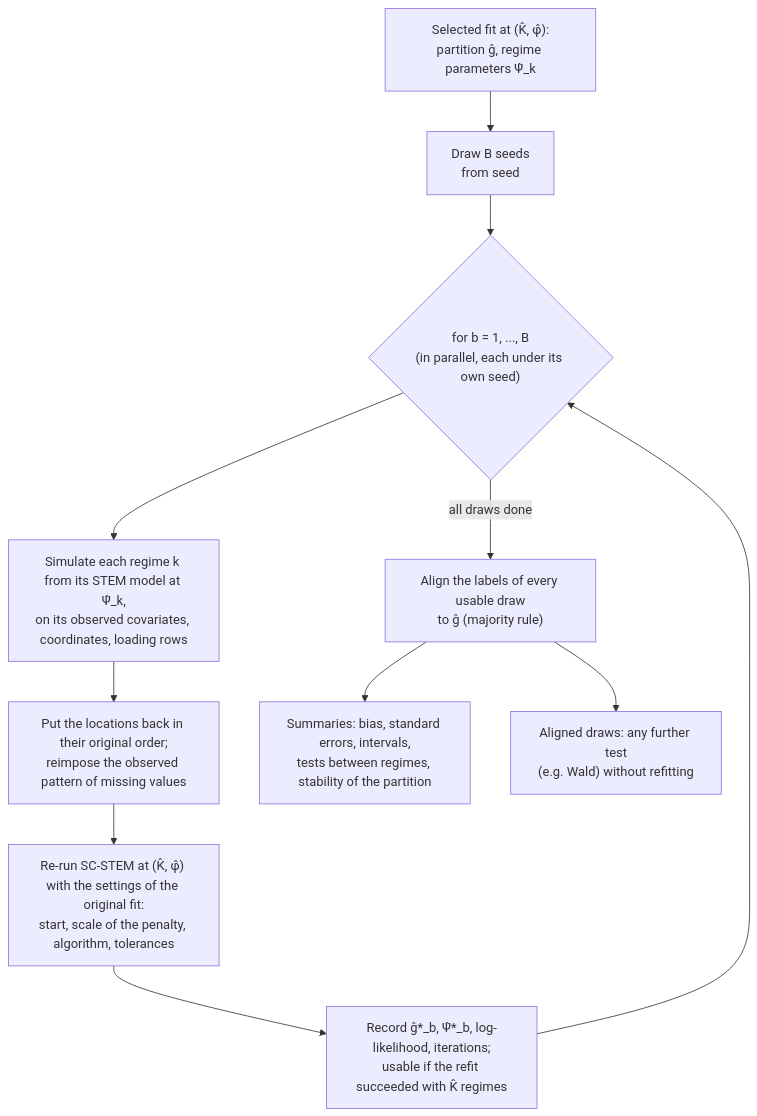
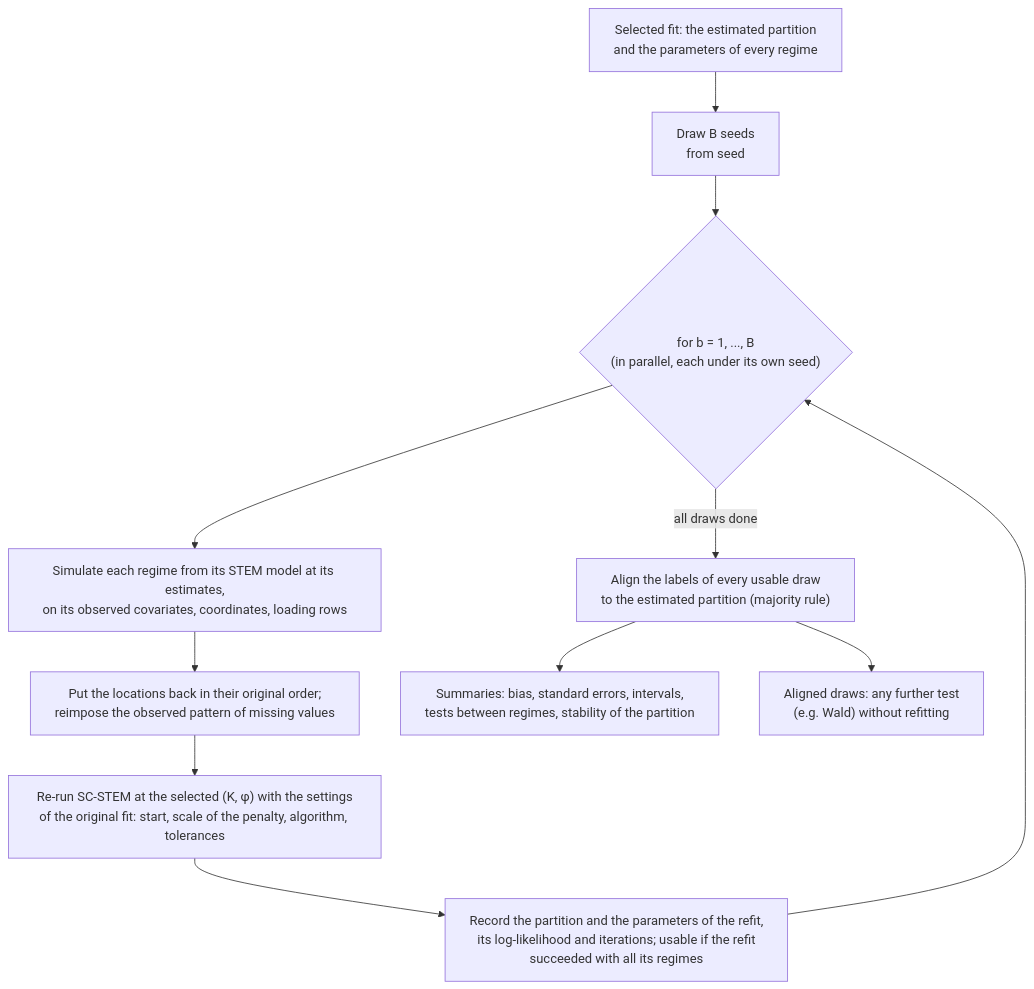
Before and after one commit to PaoloMaranzano/Stem: the sixth of 6 diagrams in docs/computational-aspects.md, drawn with Mermaid. The commit also changed other lines of this file and 4 other files, not shown here.

````diff
--- a/docs/computational-aspects.md
+++ b/docs/computational-aspects.md
@@ -1068,13 +1073,14 @@
 ```mermaid
+%%{init: {"flowchart": {"wrappingWidth": 400}}}%%
 flowchart TD
-    A["Selected fit at (K̂, φ̂):<br/>partition ĝ, regime parameters Ψ̂_k"] --> B["Draw B seeds<br/>from seed"]
+    A["Selected fit: the estimated partition<br/>and the parameters of every regime"] --> B["Draw B seeds<br/>from seed"]
     B --> C{"for b = 1, ..., B<br/>(in parallel, each under its own seed)"}
-    C --> D["Simulate each regime k from its STEM model at Ψ̂_k,<br/>on its observed covariates, coordinates, loading rows"]
+    C --> D["Simulate each regime from its STEM model at its estimates,<br/>on its observed covariates, coordinates, loading rows"]
     D --> E["Put the locations back in their original order;<br/>reimpose the observed pattern of missing values"]
-    E --> F["Re-run SC-STEM at (K̂, φ̂) with the settings of the original fit:<br/>start, scale of the penalty, algorithm, tolerances"]
-    F --> G["Record ĝ*_b, Ψ̂*_b, log-likelihood, iterations;<br/>usable if the refit succeeded with K̂ regimes"]
+    E --> F["Re-run SC-STEM at the selected (K, φ) with the settings<br/>of the original fit: start, scale of the penalty, algorithm, tolerances"]
+    F --> G["Record the partition and the parameters of the refit,<br/>its log-likelihood and iterations; usable if the refit<br/>succeeded with all its regimes"]
     G --> C
-    C -->|all draws done| H["Align the labels of every usable draw<br/>to ĝ (majority rule)"]
+    C -->|all draws done| H["Align the labels of every usable draw<br/>to the estimated partition (majority rule)"]
     H --> I["Summaries: bias, standard errors, intervals,<br/>tests between regimes, stability of the partition"]
     H --> J["Aligned draws: any further test<br/>(e.g. Wald) without refitting"]
 ```
````
